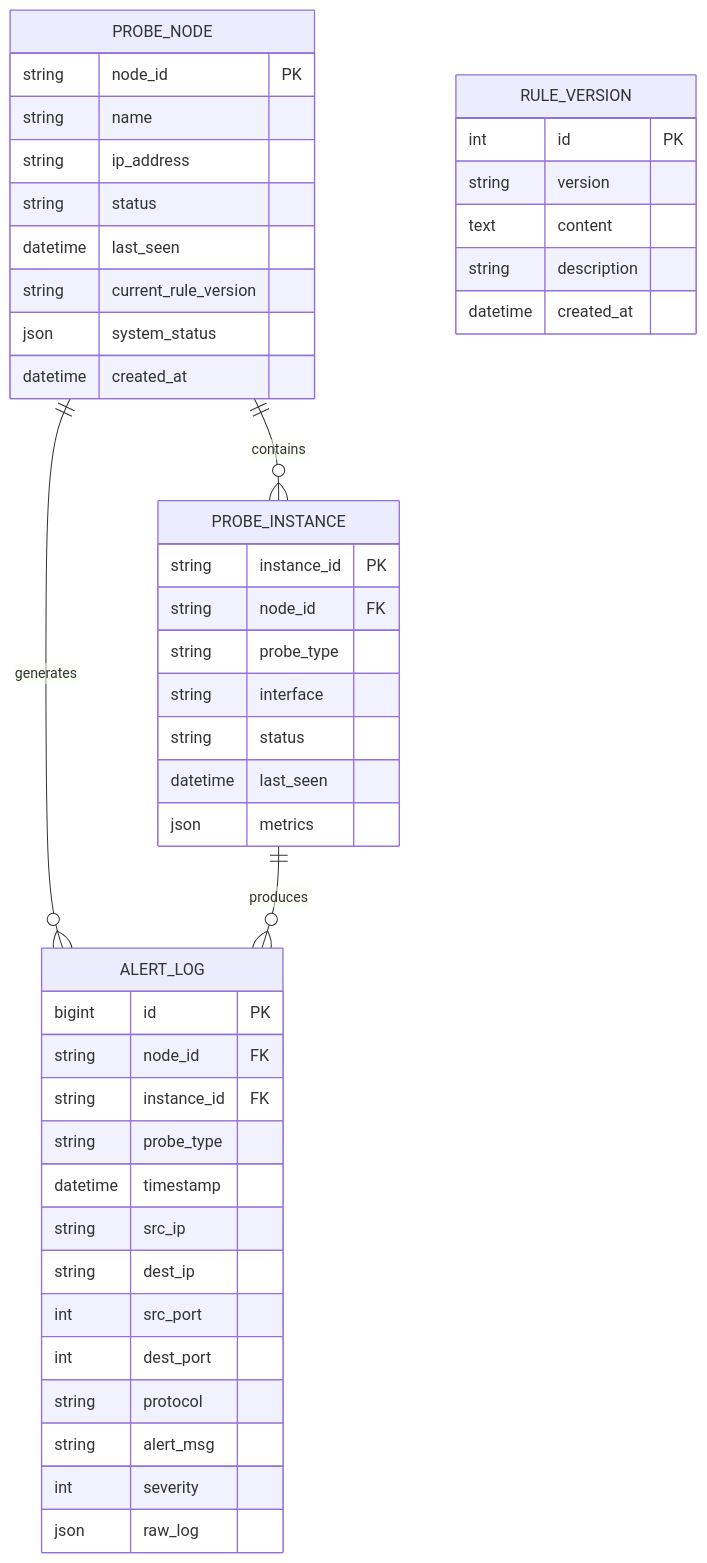
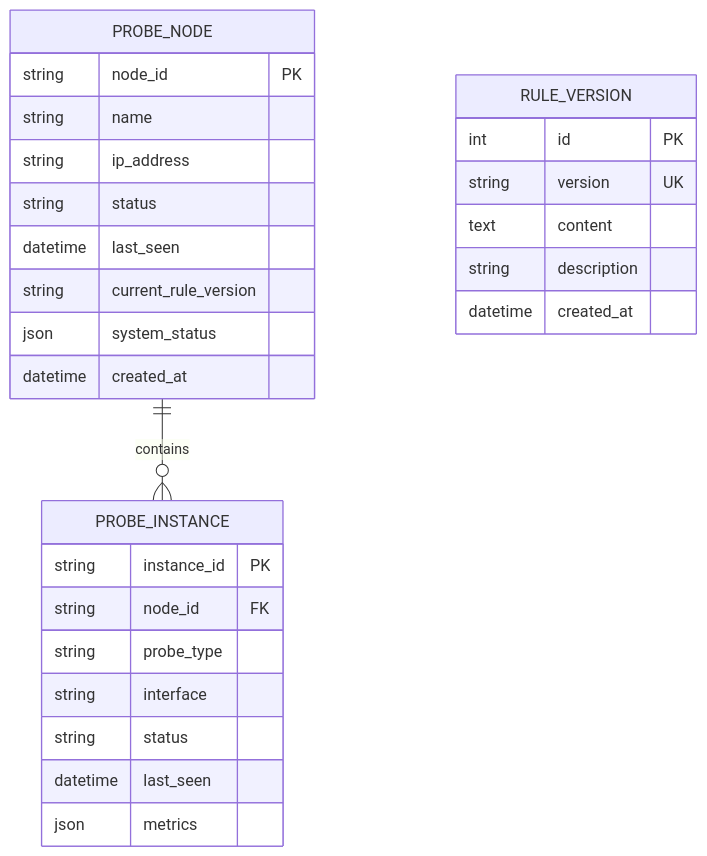
One commit to chenlehua/ai-idps changed diagram 17 of 19 in specs/0001-spec.md. Above: the diagram before and after it, drawn with Mermaid. The commit also changed other lines of this file, not shown here.

Commit message:
feat: optimize architecture

````diff
--- a/specs/0001-spec.md
+++ b/specs/0001-spec.md
@@ -667,51 +1125,33 @@
 ```mermaid
 erDiagram
     PROBE_NODE {
         string node_id PK
         string name
         string ip_address
         string status
         datetime last_seen
         string current_rule_version
         json system_status
         datetime created_at
     }
 
     PROBE_INSTANCE {
         string instance_id PK
         string node_id FK
         string probe_type
         string interface
         string status
         datetime last_seen
         json metrics
     }
 
     RULE_VERSION {
         int id PK
-        string version
+        string version UK
         text content
         string description
         datetime created_at
     }
 
-    ALERT_LOG {
-        bigint id PK
-        string node_id FK
-        string instance_id FK
-        string probe_type
-        datetime timestamp
-        string src_ip
-        string dest_ip
-        int src_port
-        int dest_port
-        string protocol
-        string alert_msg
-        int severity
-        json raw_log
-    }
-
     PROBE_NODE ||--o{ PROBE_INSTANCE : contains
-    PROBE_NODE ||--o{ ALERT_LOG : generates
-    PROBE_INSTANCE ||--o{ ALERT_LOG : produces
 ```
````
